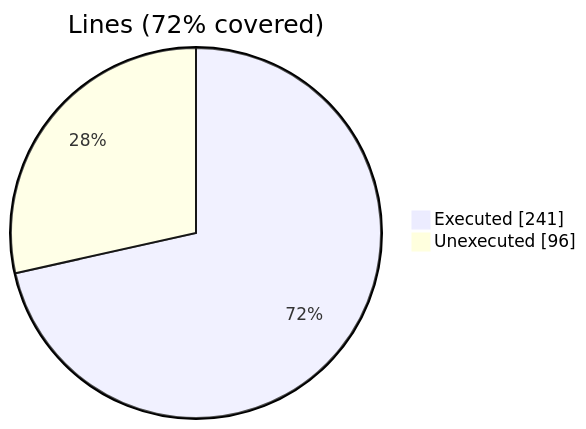
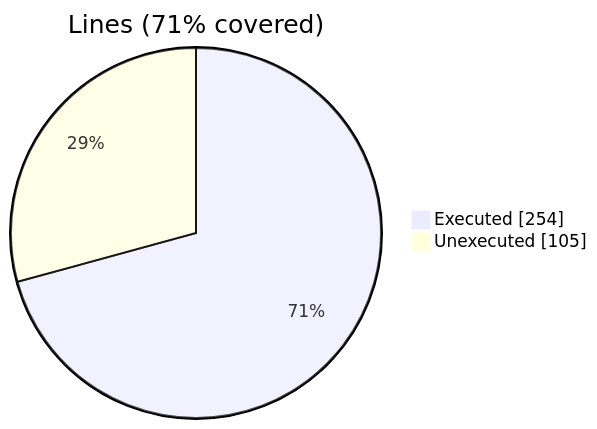
Before and after one commit to szaghi/FOSSIL: the first of 2 diagrams in docs/guide/fossil_surface_stl.f90.gcov.md, drawn with Mermaid. The commit also changed other lines of this file and 40 other files, not shown here.

````diff
--- a/docs/guide/fossil_surface_stl.f90.gcov.md
+++ b/docs/guide/fossil_surface_stl.f90.gcov.md
@@ -10,6 +10,6 @@
 ```mermaid
 pie showData
-    title Lines (72% covered)
-    "Executed" : 241
-    "Unexecuted" : 96
+    title Lines (71% covered)
+    "Executed" : 254
+    "Unexecuted" : 105
 ```
````
